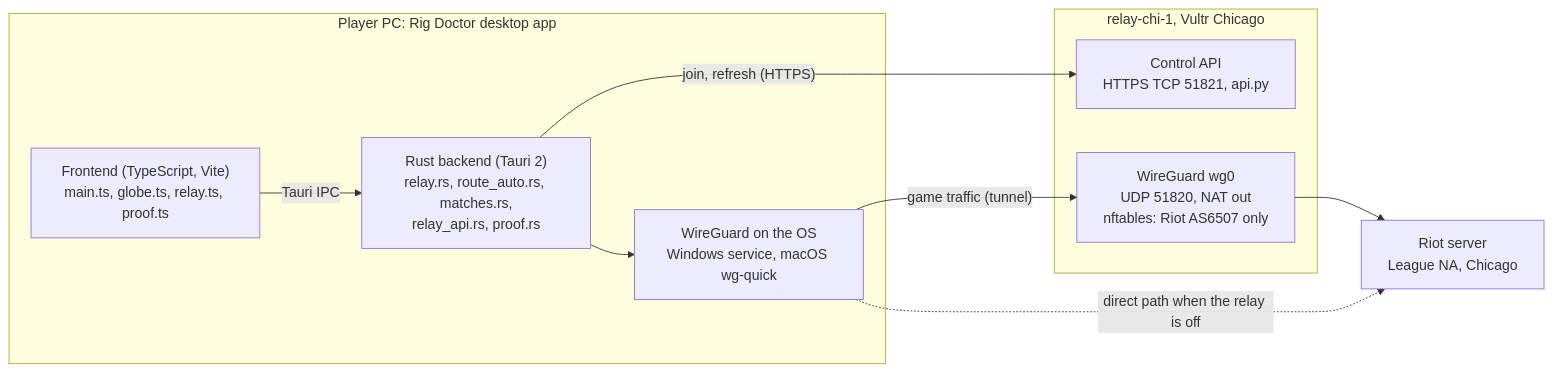
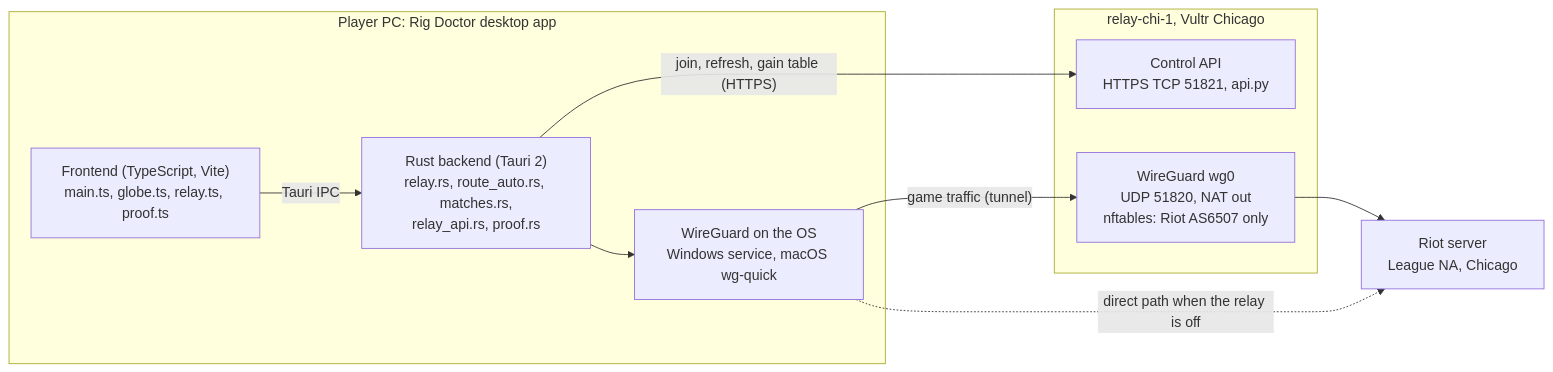
Before and after one commit to stitts-dev/rig-doctor: the diagram in docs/ONBOARDING.md, drawn with Mermaid. The commit also changed other lines of this file and 14 other files, not shown here.

````diff
--- a/docs/ONBOARDING.md
+++ b/docs/ONBOARDING.md
@@ -19,19 +19,19 @@
 ```mermaid
 flowchart LR
   subgraph PC["Player PC: Rig Doctor desktop app"]
     FE["Frontend (TypeScript, Vite)<br/>main.ts, globe.ts, relay.ts, proof.ts"]
     BE["Rust backend (Tauri 2)<br/>relay.rs, route_auto.rs, matches.rs,<br/>relay_api.rs, proof.rs"]
     WG["WireGuard on the OS<br/>Windows service, macOS wg-quick"]
     FE -- Tauri IPC --> BE
     BE --> WG
   end
   subgraph RELAY["relay-chi-1, Vultr Chicago"]
     API["Control API<br/>HTTPS TCP 51821, api.py"]
     WG0["WireGuard wg0<br/>UDP 51820, NAT out<br/>nftables: Riot AS6507 only"]
   end
   RIOT["Riot server<br/>League NA, Chicago"]
-  BE -- "join, refresh (HTTPS)" --> API
+  BE -- "join, refresh, gain table (HTTPS)" --> API
   WG -- "game traffic (tunnel)" --> WG0
   WG0 --> RIOT
   WG -. "direct path when the relay is off" .-> RIOT
 ```
````
